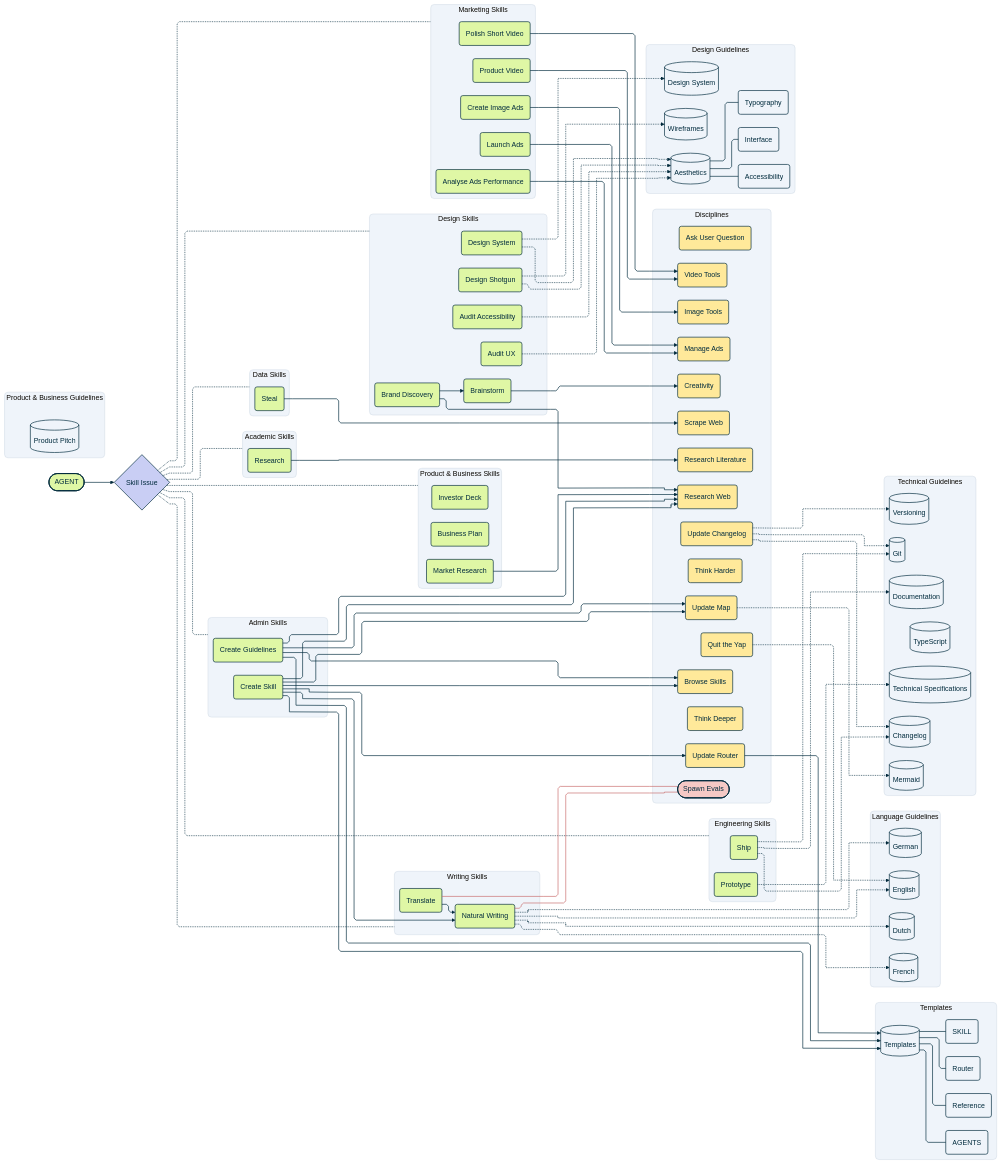
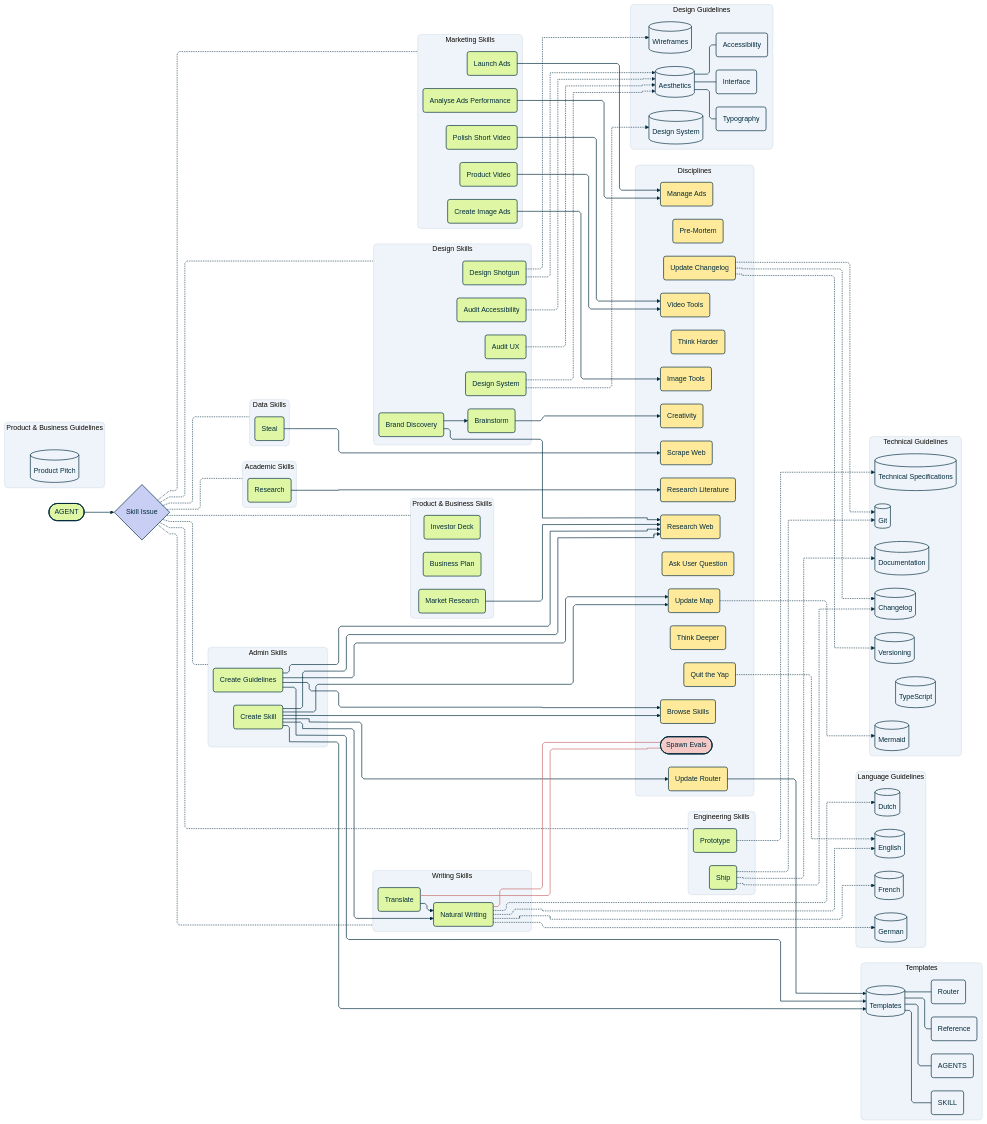
The diagram in map.mmd (josuamittels/agent-stack), drawn with Mermaid before and after one commit. The commit also changed 2 other files, not shown here.

Commit message:
Add pre-mortem discipline

```diff
--- a/map.mmd
+++ b/map.mmd
@@ -87,6 +87,7 @@
         ask_user_question("Ask User Question")
         think_harder("Think Harder")
         think_deeper("Think Deeper")
+        pre_mortem("Pre-Mortem")
         browse_skills("Browse Skills")
         update_changelog("Update Changelog")
         quit_the_yap("Quit the Yap")
@@ -194,7 +195,7 @@
     classDef knowledge fill:#EFF4FA,stroke:#002B3D,color:#002B3D,stroke-width:1.5px
     classDef document fill:#EFF4FA,stroke:#002B3D,color:#002B3D,stroke-width:1.5px
     classDef section rx:8px,ry:8px
-    class ask_user_question,think_harder,think_deeper,browse_skills,update_changelog,quit_the_yap,update_map,update_router,research_web,scrape_web,research_literature,manage_ads,creativity,image_tools,video_tools method;
+    class ask_user_question,think_harder,think_deeper,pre_mortem,browse_skills,update_changelog,quit_the_yap,update_map,update_router,research_web,scrape_web,research_literature,manage_ads,creativity,image_tools,video_tools method;
     class skill_issue decision
     class eval_create_skill,eval_translate,eval_natural_writing evaluation_link
     class spawn_evals evaluation
```
